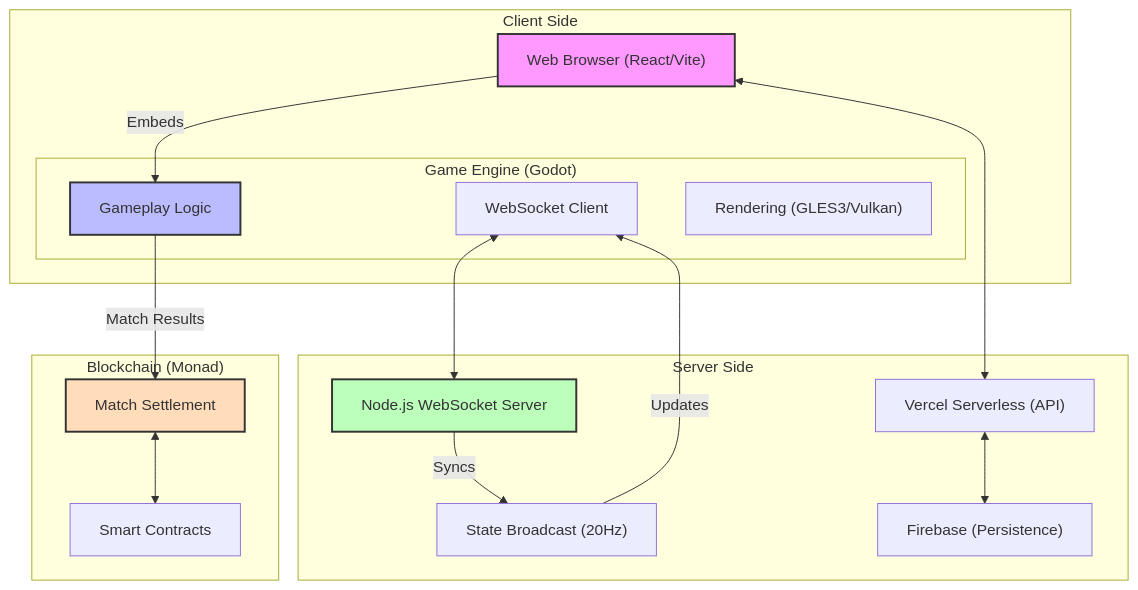
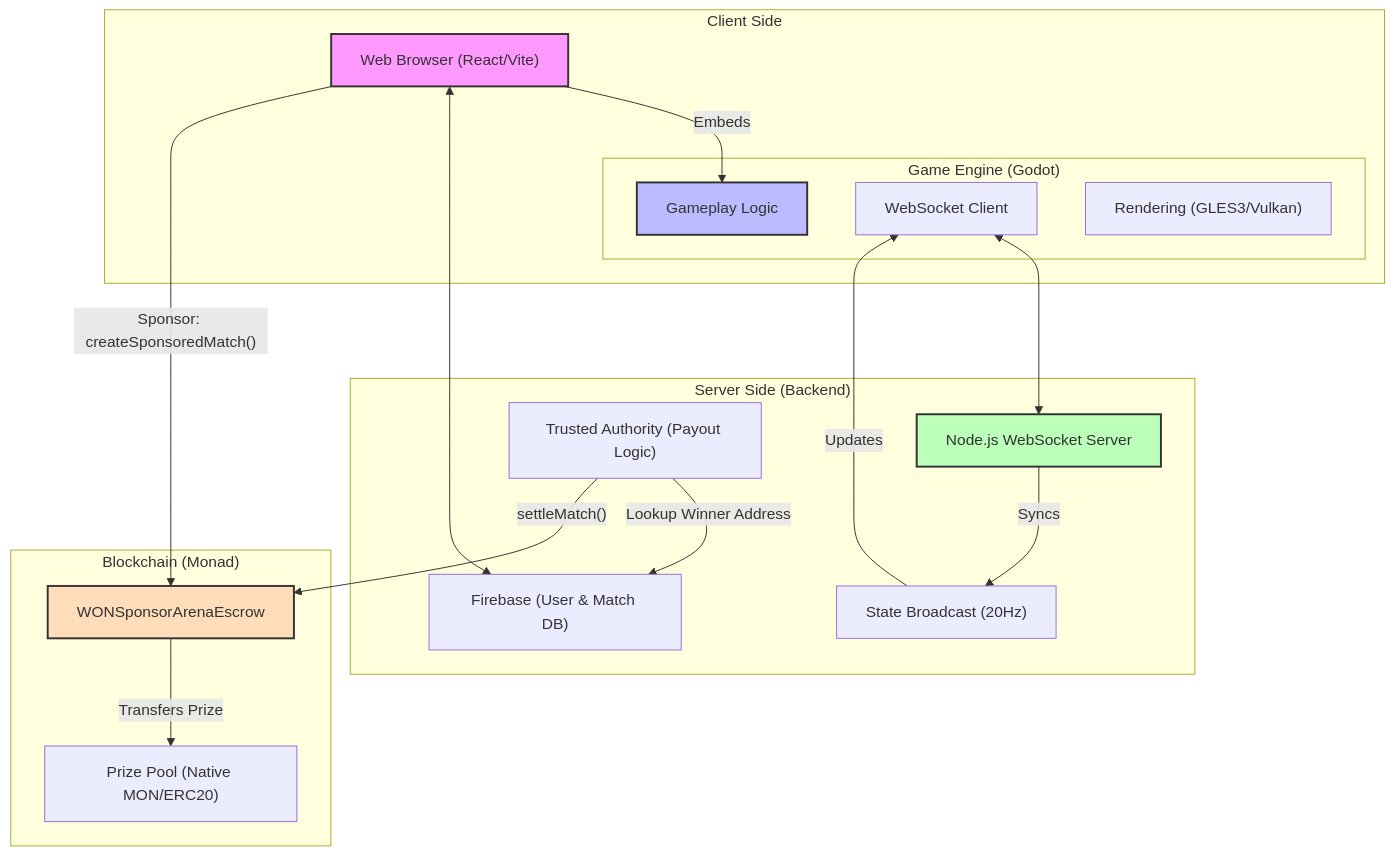
Before and after one commit to tobiawolaju/WorldOfNads: the diagram in README.md, drawn with Mermaid. The commit also changed other lines of this file, not shown here.

````diff
--- a/README.md
+++ b/README.md
@@ -44,37 +76,38 @@
 ```mermaid
 graph TD
     subgraph "Client Side"
         A["Web Browser (React/Vite)"]
         subgraph "Game Engine (Godot)"
             B["Gameplay Logic"]
             C["WebSocket Client"]
             D["Rendering (GLES3/Vulkan)"]
         end
     end
 
-    subgraph "Server Side"
+    subgraph "Server Side (Backend)"
         E["Node.js WebSocket Server"]
         F["State Broadcast (20Hz)"]
-        G["Vercel Serverless (API)"]
-        H["Firebase (Persistence)"]
+        G["Trusted Authority (Payout Logic)"]
+        H["Firebase (User & Match DB)"]
     end
 
     subgraph "Blockchain (Monad)"
-        I["Match Settlement"]
-        J["Smart Contracts"]
+        I["WONSponsorArenaEscrow"]
+        J["Prize Pool (Native MON/ERC20)"]
     end
 
     A -- "Embeds" --> B
     C <--> E
     E -- "Syncs" --> F
     F -- "Updates" --> C
-    A <--> G
-    G <--> H
-    B -- "Match Results" --> I
-    I <--> J
+    A <--> H
+    G -- "Lookup Winner Address" --> H
+    G -- "settleMatch()" --> I
+    I -- "Transfers Prize" --> J
+    A -- "Sponsor: createSponsoredMatch()" --> I
 
     style A fill:#f9f,stroke:#333,stroke-width:2px
     style B fill:#bbf,stroke:#333,stroke-width:2px
     style E fill:#bfb,stroke:#333,stroke-width:2px
     style I fill:#fdb,stroke:#333,stroke-width:2px
 ```
````
